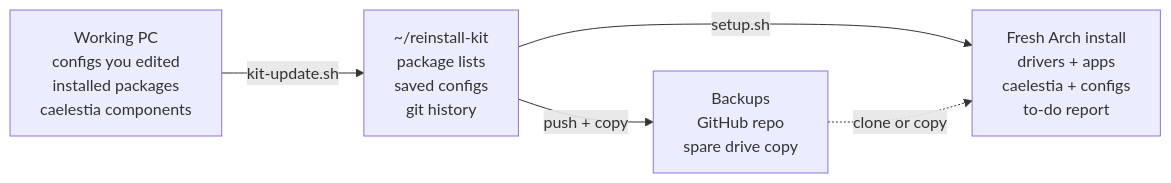
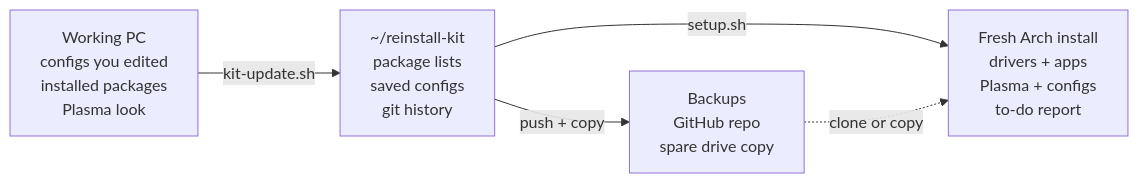
One commit to Vymnkoo/reinstall-kit changed the diagram in docs/how-it-works.md. Above: the diagram before and after it, drawn with Mermaid. The commit also changed other lines of this file and 19 other files, not shown here.

First line of the commit message:
3.0.0-alpha: switch the kit from caelestia + Hyprland to KDE Plasma

````diff
--- a/docs/how-it-works.md
+++ b/docs/how-it-works.md
@@ -14,7 +14,7 @@
 ```mermaid
 flowchart LR
-  PC["Working PC<br/>configs you edited<br/>installed packages<br/>caelestia components"] -- kit-update.sh --> KIT["~/reinstall-kit<br/>package lists<br/>saved configs<br/>git history"]
-  KIT -- setup.sh --> NEW["Fresh Arch install<br/>drivers + apps<br/>caelestia + configs<br/>to-do report"]
+  PC["Working PC<br/>configs you edited<br/>installed packages<br/>Plasma look"] -- kit-update.sh --> KIT["~/reinstall-kit<br/>package lists<br/>saved configs<br/>git history"]
+  KIT -- setup.sh --> NEW["Fresh Arch install<br/>drivers + apps<br/>Plasma + configs<br/>to-do report"]
   KIT -- push + copy --> BK["Backups<br/>GitHub repo<br/>spare drive copy"]
   BK -. clone or copy .-> NEW
 ```
````
